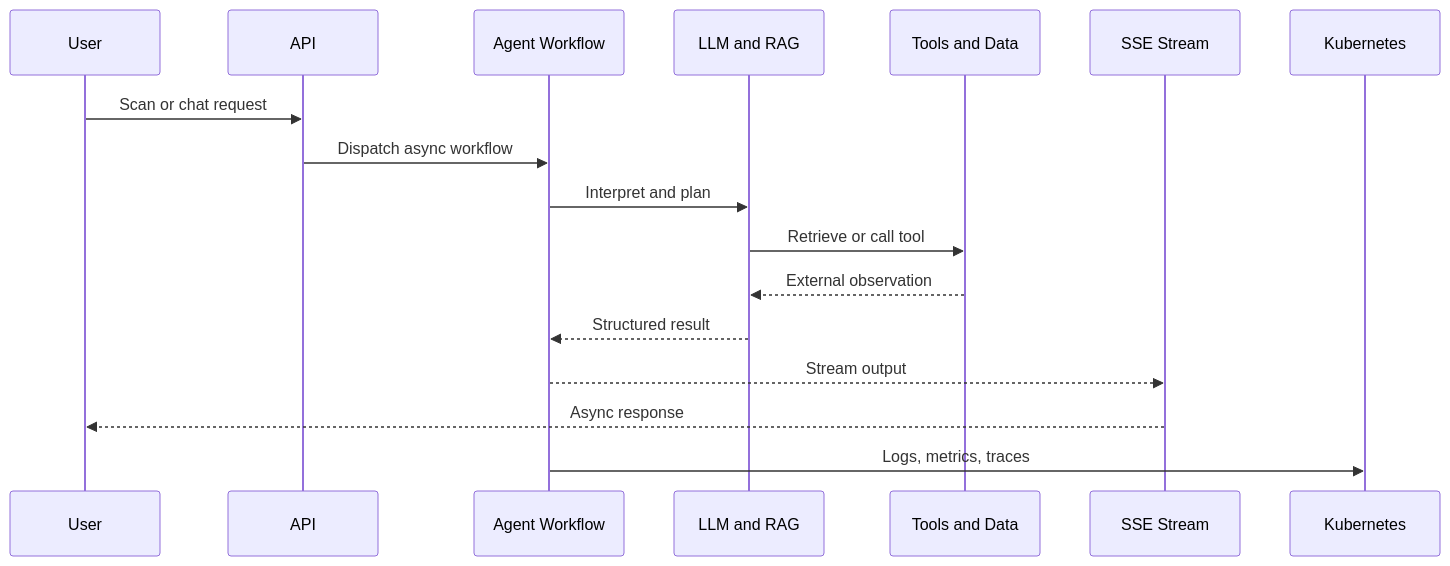
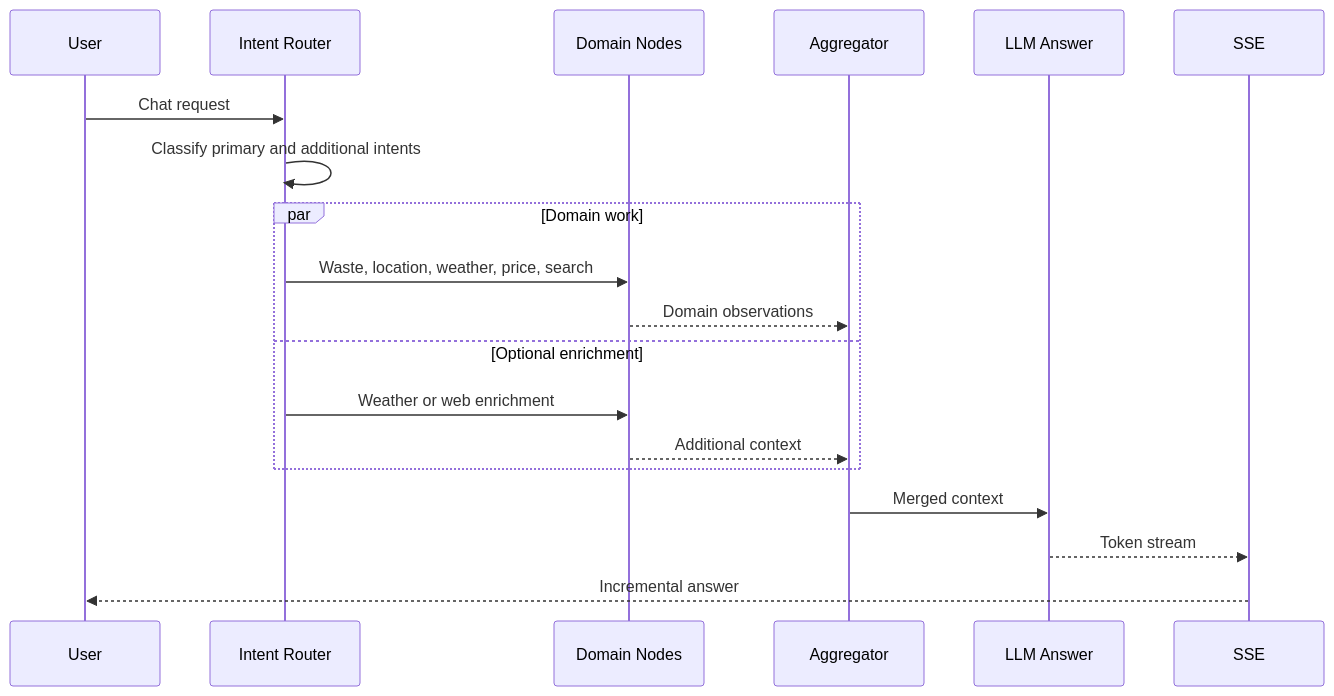
The fourth of 9 diagrams in README.md (mangowhoiscloud/mangowhoiscloud), drawn with Mermaid before and after one commit. The commit also changed other lines of this file, not shown here.

Commit message:
docs(profile): expand Eco2 architecture and production loop

````diff
--- a/README.md
+++ b/README.md
@@ -136,19 +138,21 @@
 ```mermaid
 sequenceDiagram
     participant U as User
-    participant A as API
-    participant W as Agent Workflow
-    participant L as LLM and RAG
-    participant T as Tools and Data
-    participant S as SSE Stream
-    participant K as Kubernetes
-    U->>A: Scan or chat request
-    A->>W: Dispatch async workflow
-    W->>L: Interpret and plan
-    L->>T: Retrieve or call tool
-    T-->>L: External observation
-    L-->>W: Structured result
-    W-->>S: Stream output
-    S-->>U: Async response
-    W->>K: Logs, metrics, traces
+    participant R as Intent Router
+    participant W as Domain Nodes
+    participant A as Aggregator
+    participant L as LLM Answer
+    participant S as SSE
+    U->>R: Chat request
+    R->>R: Classify primary and additional intents
+    par Domain work
+        R->>W: Waste, location, weather, price, search
+        W-->>A: Domain observations
+    and Optional enrichment
+        R->>W: Weather or web enrichment
+        W-->>A: Additional context
+    end
+    A->>L: Merged context
+    L-->>S: Token stream
+    S-->>U: Incremental answer
 ```
````
